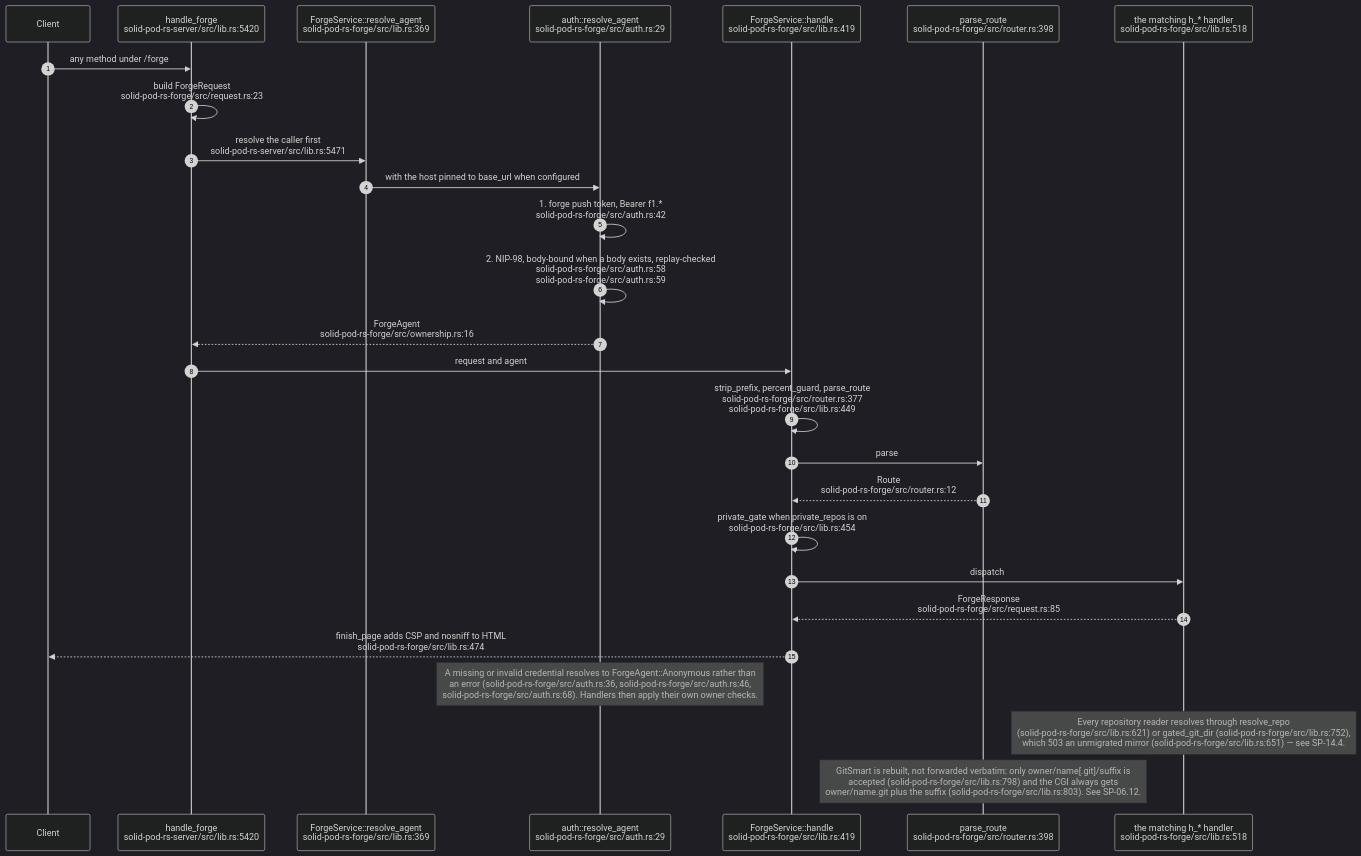
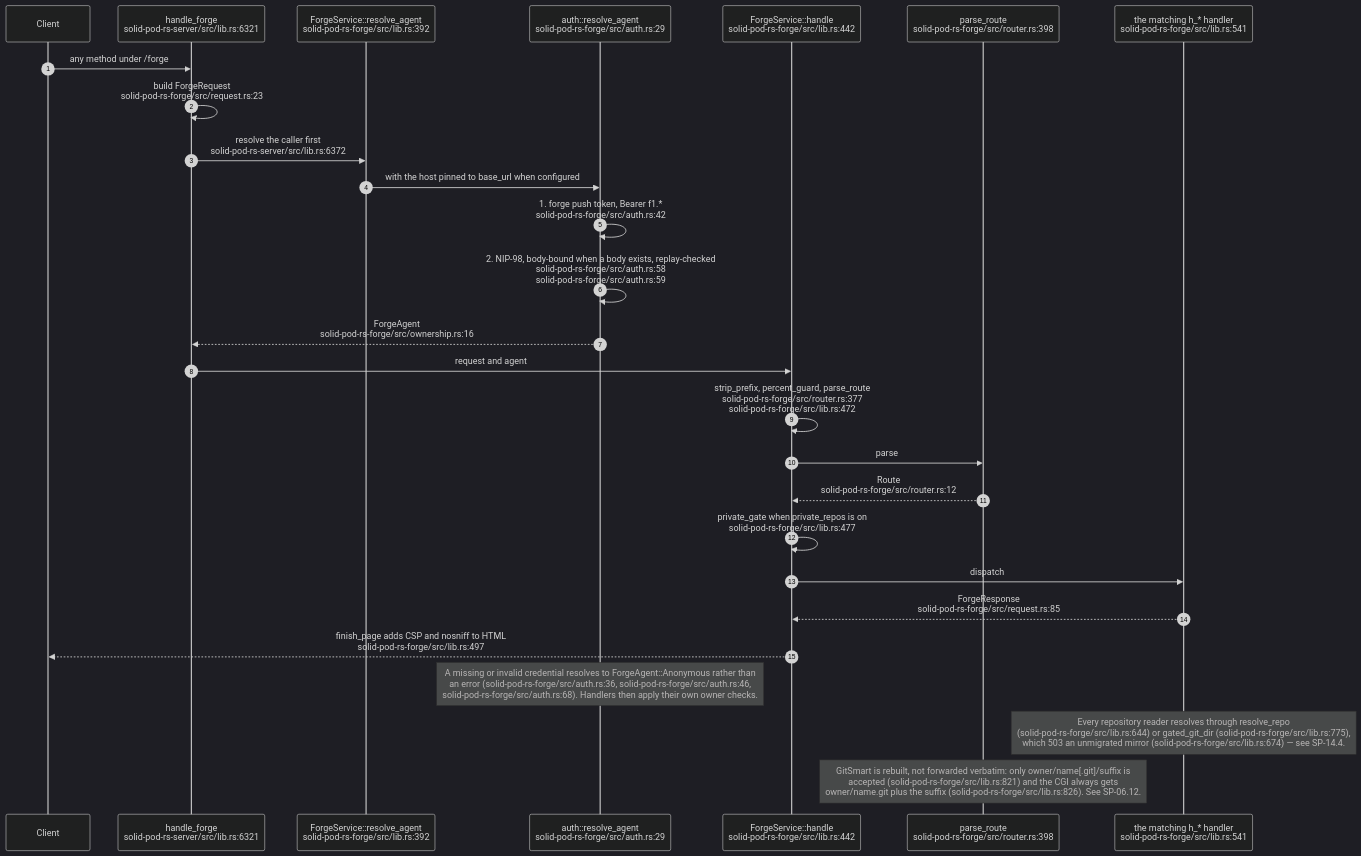
The ninth of 21 diagrams in docs/diagrams/solid-pod-rs/08-federation-notifications-forge-mcp.md (DreamLab-AI/VisionFlow), drawn with Mermaid (dark theme) before and after one commit. The commit also changed other lines of this file and 1 other file, not shown here.

First line of the commit message:
docs(diagrams): SP-08, SP-14 re-verified at solid-pod-rs a28a748

````diff
--- a/docs/diagrams/solid-pod-rs/08-federation-notifications-forge-mcp.md
+++ b/docs/diagrams/solid-pod-rs/08-federation-notifications-forge-mcp.md
@@ -340,31 +344,31 @@
 ```mermaid
 sequenceDiagram
     autonumber
     participant C as Client
-    participant SRV as handle_forge<br/>solid-pod-rs-server/src/lib.rs:5420
-    participant RA as ForgeService::resolve_agent<br/>solid-pod-rs-forge/src/lib.rs:369
+    participant SRV as handle_forge<br/>solid-pod-rs-server/src/lib.rs:6321
+    participant RA as ForgeService::resolve_agent<br/>solid-pod-rs-forge/src/lib.rs:392
     participant A as auth::resolve_agent<br/>solid-pod-rs-forge/src/auth.rs:29
-    participant F as ForgeService::handle<br/>solid-pod-rs-forge/src/lib.rs:419
+    participant F as ForgeService::handle<br/>solid-pod-rs-forge/src/lib.rs:442
     participant R as parse_route<br/>solid-pod-rs-forge/src/router.rs:398
-    participant H as the matching h_* handler<br/>solid-pod-rs-forge/src/lib.rs:518
+    participant H as the matching h_* handler<br/>solid-pod-rs-forge/src/lib.rs:541
 
     C->>SRV: any method under /forge
     SRV->>SRV: build ForgeRequest<br/>solid-pod-rs-forge/src/request.rs:23
-    SRV->>RA: resolve the caller first<br/>solid-pod-rs-server/src/lib.rs:5471
+    SRV->>RA: resolve the caller first<br/>solid-pod-rs-server/src/lib.rs:6372
     RA->>A: with the host pinned to base_url when configured
     A->>A: 1. forge push token, Bearer f1.*<br/>solid-pod-rs-forge/src/auth.rs:42
     A->>A: 2. NIP-98, body-bound when a body exists, replay-checked<br/>solid-pod-rs-forge/src/auth.rs:58<br/>solid-pod-rs-forge/src/auth.rs:59
     A-->>SRV: ForgeAgent<br/>solid-pod-rs-forge/src/ownership.rs:16
     SRV->>F: request and agent
-    F->>F: strip_prefix, percent_guard, parse_route<br/>solid-pod-rs-forge/src/router.rs:377<br/>solid-pod-rs-forge/src/lib.rs:449
+    F->>F: strip_prefix, percent_guard, parse_route<br/>solid-pod-rs-forge/src/router.rs:377<br/>solid-pod-rs-forge/src/lib.rs:472
     F->>R: parse
     R-->>F: Route<br/>solid-pod-rs-forge/src/router.rs:12
-    F->>F: private_gate when private_repos is on<br/>solid-pod-rs-forge/src/lib.rs:454
+    F->>F: private_gate when private_repos is on<br/>solid-pod-rs-forge/src/lib.rs:477
     F->>H: dispatch
     H-->>F: ForgeResponse<br/>solid-pod-rs-forge/src/request.rs:85
-    F-->>C: finish_page adds CSP and nosniff to HTML<br/>solid-pod-rs-forge/src/lib.rs:474
+    F-->>C: finish_page adds CSP and nosniff to HTML<br/>solid-pod-rs-forge/src/lib.rs:497
 
     Note over A: A missing or invalid credential resolves to ForgeAgent::Anonymous rather than<br/>an error (solid-pod-rs-forge/src/auth.rs:36, solid-pod-rs-forge/src/auth.rs:46,<br/>solid-pod-rs-forge/src/auth.rs:68). Handlers then apply their own owner checks.
-    Note over H: Every repository reader resolves through resolve_repo<br/>(solid-pod-rs-forge/src/lib.rs:621) or gated_git_dir (solid-pod-rs-forge/src/lib.rs:752),<br/>which 503 an unmigrated mirror (solid-pod-rs-forge/src/lib.rs:651) — see SP-14.4.
-    Note over R: GitSmart is rebuilt, not forwarded verbatim: only owner/name[.git]/suffix is<br/>accepted (solid-pod-rs-forge/src/lib.rs:798) and the CGI always gets<br/>owner/name.git plus the suffix (solid-pod-rs-forge/src/lib.rs:803). See SP-06.12.
+    Note over H: Every repository reader resolves through resolve_repo<br/>(solid-pod-rs-forge/src/lib.rs:644) or gated_git_dir (solid-pod-rs-forge/src/lib.rs:775),<br/>which 503 an unmigrated mirror (solid-pod-rs-forge/src/lib.rs:674) — see SP-14.4.
+    Note over R: GitSmart is rebuilt, not forwarded verbatim: only owner/name[.git]/suffix is<br/>accepted (solid-pod-rs-forge/src/lib.rs:821) and the CGI always gets<br/>owner/name.git plus the suffix (solid-pod-rs-forge/src/lib.rs:826). See SP-06.12.
 ```
````
